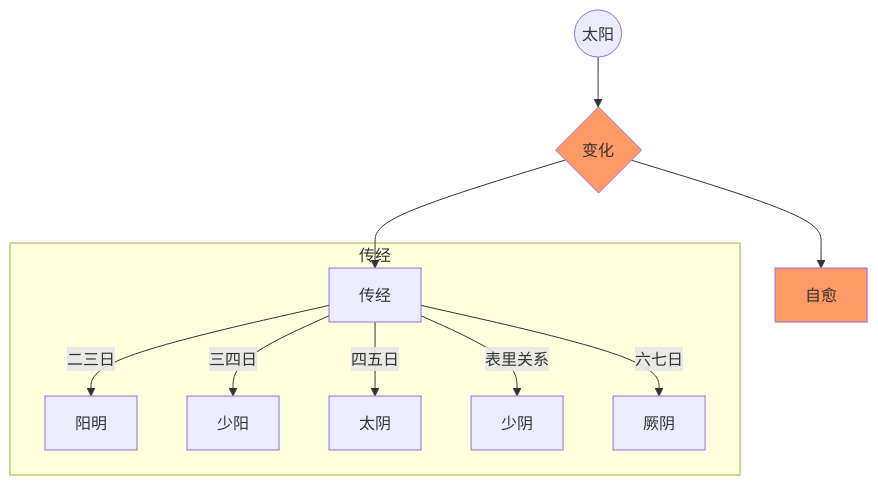
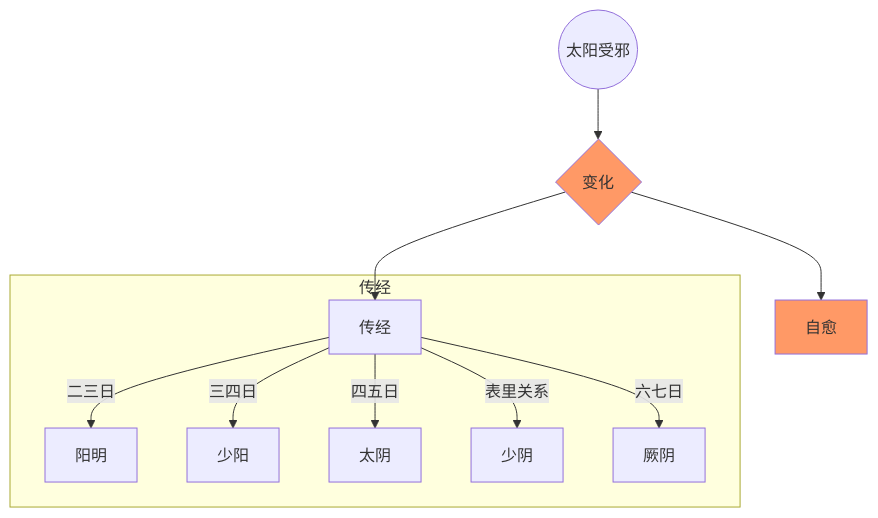
Before and after one commit to 6830920/gmzyjc: the fourth of 5 diagrams in ok/rm/rm_shl01.md, drawn with Mermaid. The commit also changed other lines of this file and 4 other files, not shown here.

````diff
--- a/ok/rm/rm_shl01.md
+++ b/ok/rm/rm_shl01.md
@@ -280,17 +280,17 @@
 ```mermaid
 graph TB 
-id1((太阳))
+id1((太阳受邪))
 
 
 id1-->变化{变化}:::red-->自愈:::red
 变化-->传经
 subgraph sub2[传经]
 传经--二三日-->阳明
 传经--三四日-->少阳
 传经--四五日-->太阴
 传经--表里关系-->少阴
 传经--六七日-->厥阴
 end
 
 classDef red fill:#f96
 ```
````
